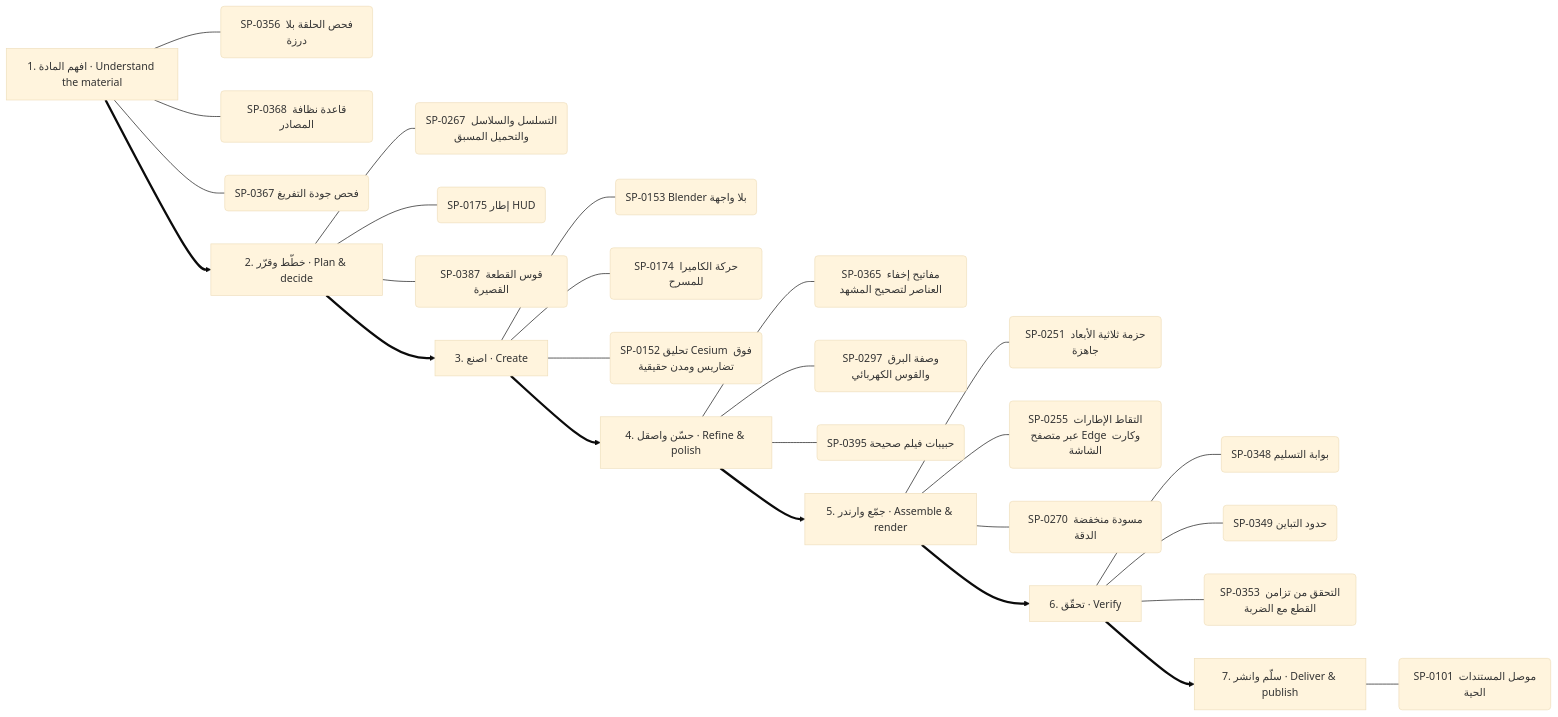
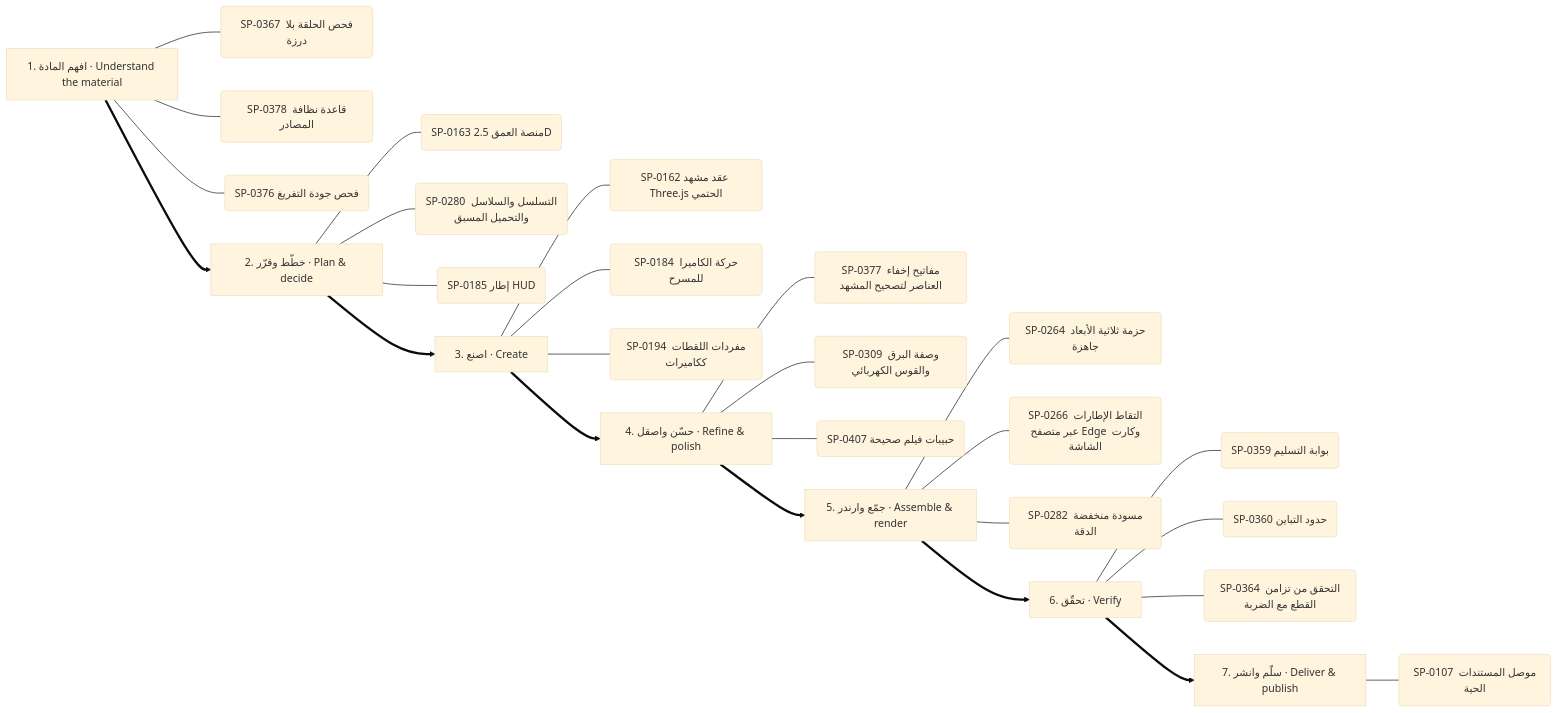
Before and after one commit to kosif199022-jpg/kosif-tool: the eighth of 13 diagrams in .claude/skills/kosif-superpowers/references/capability-mindmap.md, drawn with Mermaid (base theme). The commit also changed other lines of this file and 58 other files, not shown here.

````diff
--- a/.claude/skills/kosif-superpowers/references/capability-mindmap.md
+++ b/.claude/skills/kosif-superpowers/references/capability-mindmap.md
@@ -408,35 +411,35 @@
 ```mermaid
 flowchart LR
   S0["1. افهم المادة · Understand the material"]
-  S0 --- S0_0("SP-0356 فحص الحلقة بلا درزة")
-  S0 --- S0_1("SP-0368 قاعدة نظافة المصادر")
-  S0 --- S0_2("SP-0367 فحص جودة التفريغ")
+  S0 --- S0_0("SP-0367 فحص الحلقة بلا درزة")
+  S0 --- S0_1("SP-0378 قاعدة نظافة المصادر")
+  S0 --- S0_2("SP-0376 فحص جودة التفريغ")
   S1["2. خطّط وقرّر · Plan & decide"]
-  S1 --- S1_0("SP-0267 التسلسل والسلاسل والتحميل المسبق")
-  S1 --- S1_1("SP-0175 إطار HUD")
-  S1 --- S1_2("SP-0387 قوس القطعة القصيرة")
+  S1 --- S1_0("SP-0163 منصة العمق 2.5D")
+  S1 --- S1_1("SP-0280 التسلسل والسلاسل والتحميل المسبق")
+  S1 --- S1_2("SP-0185 إطار HUD")
   S0 ==> S1
   S2["3. اصنع · Create"]
-  S2 --- S2_0("SP-0153 Blender بلا واجهة")
-  S2 --- S2_1("SP-0174 حركة الكاميرا للمسرح")
-  S2 --- S2_2("SP-0152 تحليق Cesium فوق تضاريس ومدن حقيقية")
+  S2 --- S2_0("SP-0162 عقد مشهد Three.js الحتمي")
+  S2 --- S2_1("SP-0184 حركة الكاميرا للمسرح")
+  S2 --- S2_2("SP-0194 مفردات اللقطات ككاميرات")
   S1 ==> S2
   S3["4. حسّن واصقل · Refine & polish"]
-  S3 --- S3_0("SP-0365 مفاتيح إخفاء العناصر لتصحيح المشهد")
-  S3 --- S3_1("SP-0297 وصفة البرق والقوس الكهربائي")
-  S3 --- S3_2("SP-0395 حبيبات فيلم صحيحة")
+  S3 --- S3_0("SP-0377 مفاتيح إخفاء العناصر لتصحيح المشهد")
+  S3 --- S3_1("SP-0309 وصفة البرق والقوس الكهربائي")
+  S3 --- S3_2("SP-0407 حبيبات فيلم صحيحة")
   S2 ==> S3
   S4["5. جمّع وارندر · Assemble & render"]
-  S4 --- S4_0("SP-0251 حزمة ثلاثية الأبعاد جاهزة")
-  S4 --- S4_1("SP-0255 التقاط الإطارات عبر متصفح Edge وكارت الشاشة")
-  S4 --- S4_2("SP-0270 مسودة منخفضة الدقة")
+  S4 --- S4_0("SP-0264 حزمة ثلاثية الأبعاد جاهزة")
+  S4 --- S4_1("SP-0266 التقاط الإطارات عبر متصفح Edge وكارت الشاشة")
+  S4 --- S4_2("SP-0282 مسودة منخفضة الدقة")
   S3 ==> S4
   S5["6. تحقّق · Verify"]
-  S5 --- S5_0("SP-0348 بوابة التسليم")
-  S5 --- S5_1("SP-0349 حدود التباين")
-  S5 --- S5_2("SP-0353 التحقق من تزامن القطع مع الضربة")
+  S5 --- S5_0("SP-0359 بوابة التسليم")
+  S5 --- S5_1("SP-0360 حدود التباين")
+  S5 --- S5_2("SP-0364 التحقق من تزامن القطع مع الضربة")
   S4 ==> S5
   S6["7. سلّم وانشر · Deliver & publish"]
-  S6 --- S6_0("SP-0101 موصل المستندات الحية")
+  S6 --- S6_0("SP-0107 موصل المستندات الحية")
   S5 ==> S6
 ```
````
